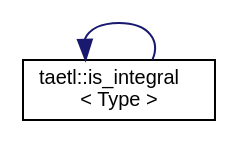
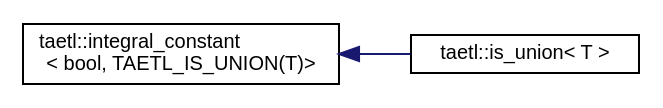
One commit to tobanteAudio/taetl changed the diagram in inherit_graph_9.dot. Above: the diagram before and after it, drawn with Graphviz. The commit also changed 53 other files, not shown here.

```diff
--- a/inherit_graph_9.dot
+++ b/inherit_graph_9.dot
@@ -1,9 +1,9 @@
 digraph "Graphical Class Hierarchy"
 {
   edge [fontname="Helvetica",fontsize="10",labelfontname="Helvetica",labelfontsize="10"];
   node [fontname="Helvetica",fontsize="10",shape=record];
   rankdir="LR";
-  Node0 [label="type",height=0.2,width=0.4,color="grey75", fillcolor="white", style="filled"];
-  Node0 -> Node0 [dir="back",color="midnightblue",fontsize="10",style="solid",fontname="Helvetica"];
-  Node0 [label="taetl::is_integral\l\< Type \>",height=0.2,width=0.4,color="black", fillcolor="white", style="filled",URL="$structtaetl_1_1is__integral.html"];
+  Node0 [label="taetl::integral_constant\l\< bool, TAETL_IS_UNION(T)\>",height=0.2,width=0.4,color="black", fillcolor="white", style="filled",URL="$structtaetl_1_1integral__constant.html"];
+  Node0 -> Node1 [dir="back",color="midnightblue",fontsize="10",style="solid",fontname="Helvetica"];
+  Node1 [label="taetl::is_union\< T \>",height=0.2,width=0.4,color="black", fillcolor="white", style="filled",URL="$structtaetl_1_1is__union.html"];
 }
```
